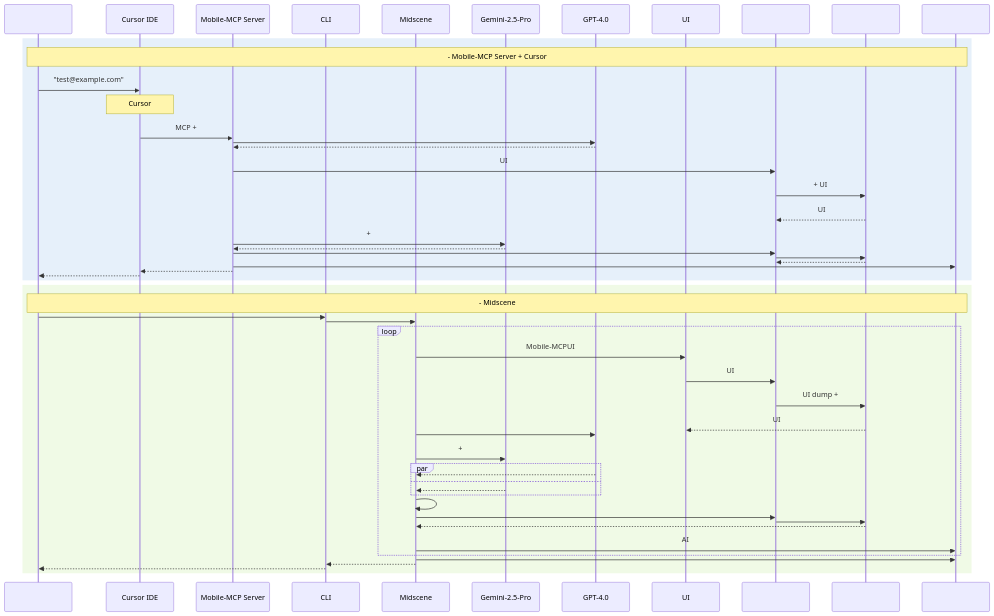
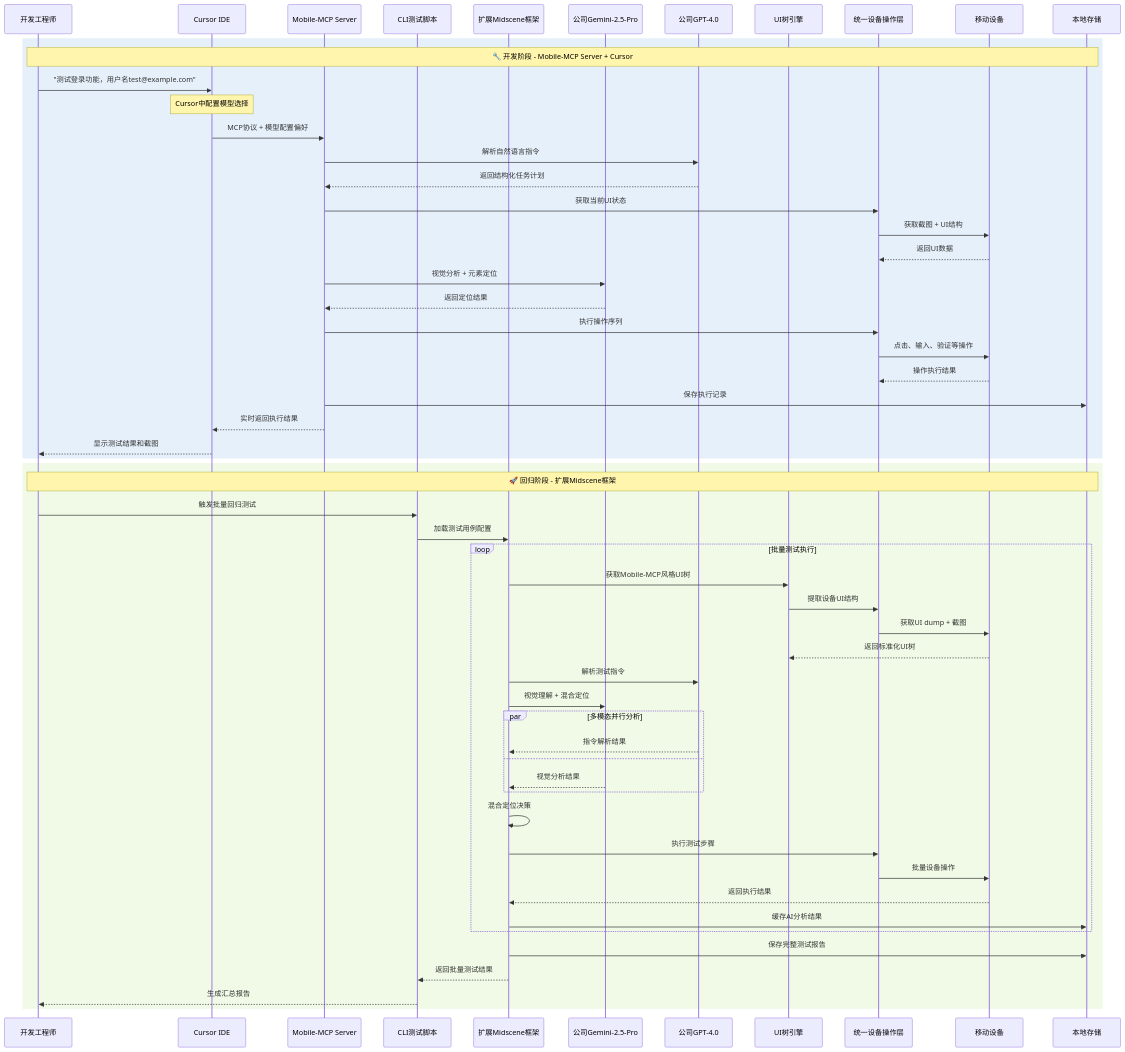
The fourth of 32 diagrams in 3.md (zhuozp/AI-UI-), drawn with Mermaid before and after one commit. The commit also changed other lines of this file, not shown here.

````diff
--- a/3.md
+++ b/3.md
@@ -762,75 +763,75 @@
 ```mermaid
 sequenceDiagram
-participant Developer as 
-participant Cursor as Cursor IDE
-participant MCPServer as Mobile-MCP Server
-participant CLI as CLI
-participant ExtMidscene as Midscene
-participant CompanyGemini as Gemini-2.5-Pro
-participant CompanyGPT as GPT-4.0
-participant UITree as UI
-participant DeviceOp as 
-participant Devices as 
-participant LocalStorage as 
-
-rect rgb(230, 240, 250)
-Note over Developer, LocalStorage: - Mobile-MCP Server + Cursor
-
-Developer->>Cursor: "test@example.com"
-
-Note over Cursor: Cursor
-Cursor->>MCPServer: MCP + 
-
-MCPServer->>CompanyGPT: 
-CompanyGPT-->>MCPServer: 
-
-MCPServer->>DeviceOp: UI
-DeviceOp->>Devices: + UI
-Devices-->>DeviceOp: UI
-
-MCPServer->>CompanyGemini: + 
-CompanyGemini-->>MCPServer: 
-
-MCPServer->>DeviceOp: 
-DeviceOp->>Devices: 
-Devices-->>DeviceOp: 
-
-MCPServer->>LocalStorage: 
-MCPServer-->>Cursor: 
-Cursor-->>Developer: 
-end
-
-rect rgb(240, 250, 230)
-Note over Developer, LocalStorage: - Midscene
-
-Developer->>CLI: 
-CLI->>ExtMidscene: 
-
-loop 
-ExtMidscene->>UITree: Mobile-MCPUI
-UITree->>DeviceOp: UI
-DeviceOp->>Devices: UI dump + 
-Devices-->>UITree: UI
-
-ExtMidscene->>CompanyGPT: 
-ExtMidscene->>CompanyGemini: + 
-
-par 
-CompanyGPT-->>ExtMidscene: 
-and
-CompanyGemini-->>ExtMidscene: 
-end
-
-ExtMidscene->>ExtMidscene: 
-ExtMidscene->>DeviceOp: 
-DeviceOp->>Devices: 
-Devices-->>ExtMidscene: 
-
-ExtMidscene->>LocalStorage: AI
-end
-
-ExtMidscene->>LocalStorage: 
-ExtMidscene-->>CLI: 
-CLI-->>Developer: 
-end
+    participant Developer as 开发工程师
+    participant Cursor as Cursor IDE
+    participant MCPServer as Mobile-MCP Server
+    participant CLI as CLI测试脚本
+    participant ExtMidscene as 扩展Midscene框架
+    participant CompanyGemini as 公司Gemini-2.5-Pro
+    participant CompanyGPT as 公司GPT-4.0
+    participant UITree as UI树引擎
+    participant DeviceOp as 统一设备操作层
+    participant Devices as 移动设备
+    participant LocalStorage as 本地存储
+    
+    rect rgb(230, 240, 250)
+        Note over Developer, LocalStorage: 🔧 开发阶段 - Mobile-MCP Server + Cursor
+        
+        Developer->>Cursor: "测试登录功能，用户名test@example.com"
+        
+        Note over Cursor: Cursor中配置模型选择
+        Cursor->>MCPServer: MCP协议 + 模型配置偏好
+        
+        MCPServer->>CompanyGPT: 解析自然语言指令
+        CompanyGPT-->>MCPServer: 返回结构化任务计划
+        
+        MCPServer->>DeviceOp: 获取当前UI状态
+        DeviceOp->>Devices: 获取截图 + UI结构
+        Devices-->>DeviceOp: 返回UI数据
+        
+        MCPServer->>CompanyGemini: 视觉分析 + 元素定位
+        CompanyGemini-->>MCPServer: 返回定位结果
+        
+        MCPServer->>DeviceOp: 执行操作序列
+        DeviceOp->>Devices: 点击、输入、验证等操作
+        Devices-->>DeviceOp: 操作执行结果
+        
+        MCPServer->>LocalStorage: 保存执行记录
+        MCPServer-->>Cursor: 实时返回执行结果
+        Cursor-->>Developer: 显示测试结果和截图
+    end
+    
+    rect rgb(240, 250, 230)
+        Note over Developer, LocalStorage: 🚀 回归阶段 - 扩展Midscene框架
+        
+        Developer->>CLI: 触发批量回归测试
+        CLI->>ExtMidscene: 加载测试用例配置
+        
+        loop 批量测试执行
+            ExtMidscene->>UITree: 获取Mobile-MCP风格UI树
+            UITree->>DeviceOp: 提取设备UI结构
+            DeviceOp->>Devices: 获取UI dump + 截图
+            Devices-->>UITree: 返回标准化UI树
+            
+            ExtMidscene->>CompanyGPT: 解析测试指令
+            ExtMidscene->>CompanyGemini: 视觉理解 + 混合定位
+            
+            par 多模态并行分析
+                CompanyGPT-->>ExtMidscene: 指令解析结果
+            and
+                CompanyGemini-->>ExtMidscene: 视觉分析结果
+            end
+            
+            ExtMidscene->>ExtMidscene: 混合定位决策
+            ExtMidscene->>DeviceOp: 执行测试步骤
+            DeviceOp->>Devices: 批量设备操作
+            Devices-->>ExtMidscene: 返回执行结果
+            
+            ExtMidscene->>LocalStorage: 缓存AI分析结果
+        end
+        
+        ExtMidscene->>LocalStorage: 保存完整测试报告
+        ExtMidscene-->>CLI: 返回批量测试结果
+        CLI-->>Developer: 生成汇总报告
+    end
 ```
````
